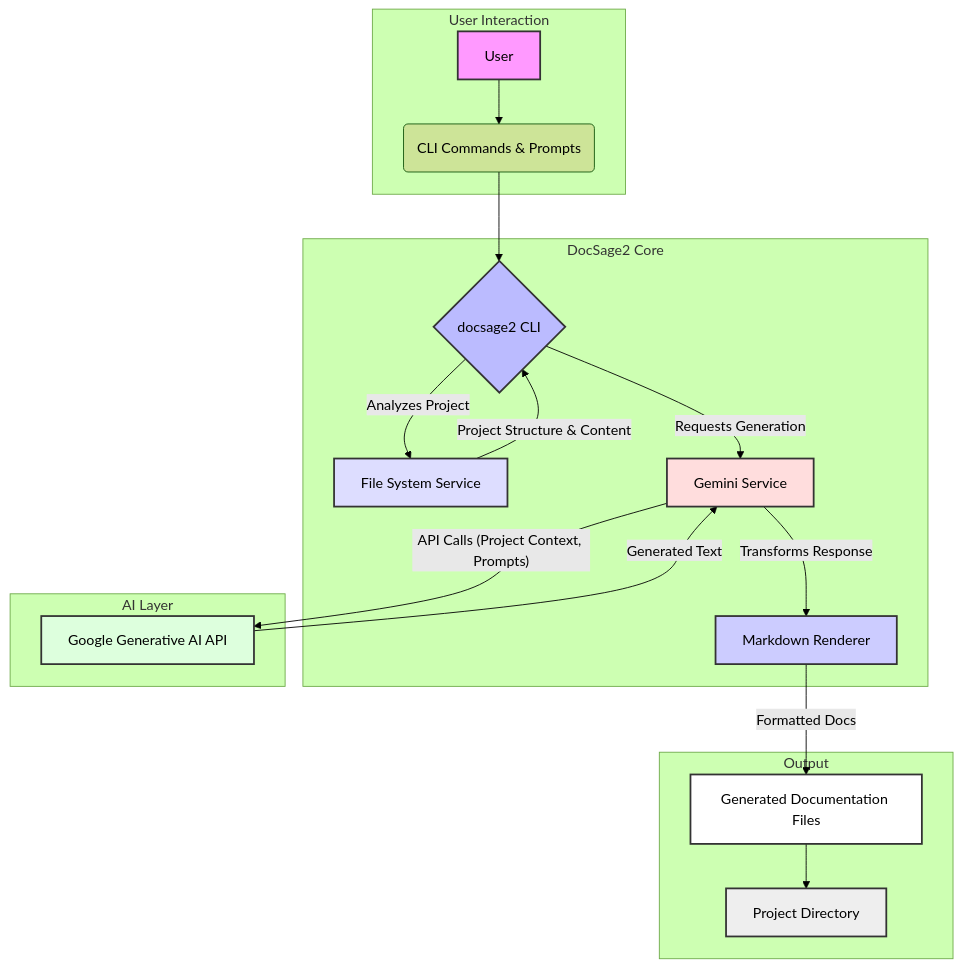
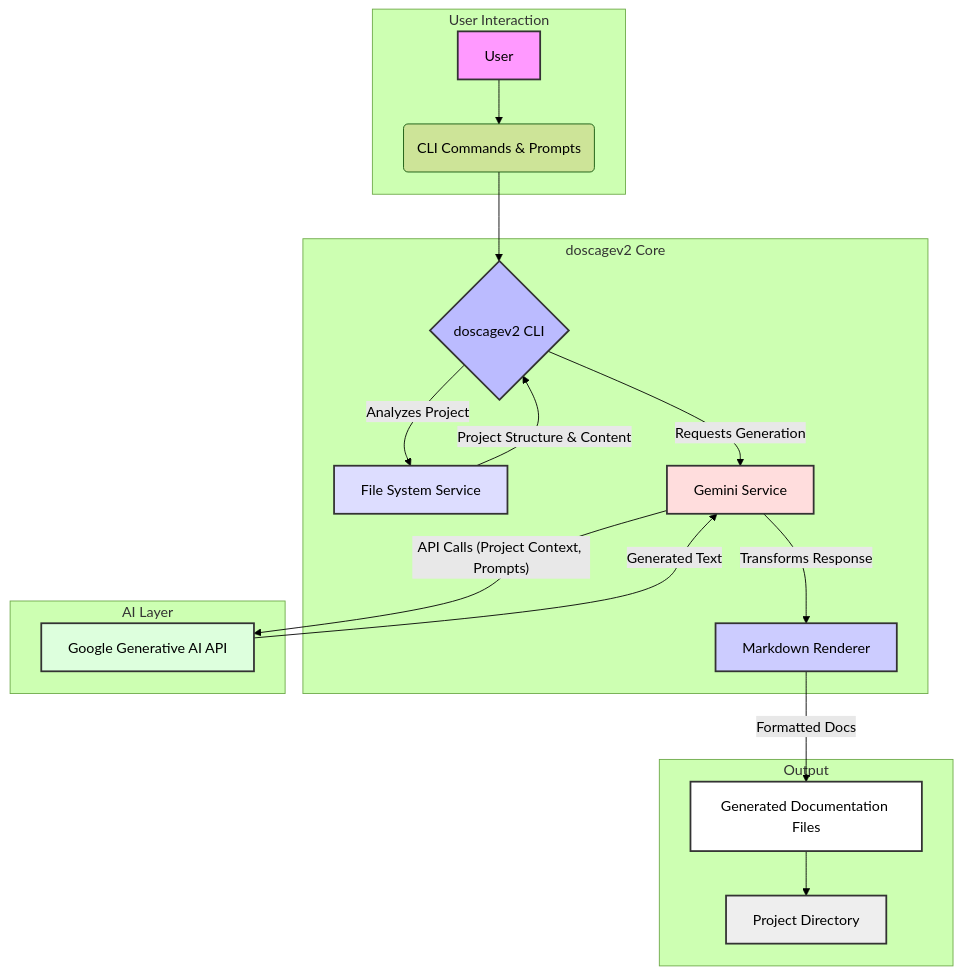
Before and after one commit to Owusu1946/docsagev2: the first of 2 diagrams in README.md, drawn with Mermaid (forest theme). The commit also changed other lines of this file and 4 other files, not shown here.

````diff
--- a/README.md
+++ b/README.md
@@ -75,33 +75,33 @@
 ```mermaid
 graph TD
     subgraph User Interaction
         A[User] --> B(CLI Commands & Prompts);
     end
 
-    subgraph DocSage2 Core
-        B --> C{docsage2 CLI};
+    subgraph doscagev2 Core
+        B --> C{doscagev2 CLI};
         C -- Analyzes Project --> D[File System Service];
         D -- Project Structure & Content --> C;
         C -- Requests Generation --> E[Gemini Service];
         E -- Transforms Response --> G[Markdown Renderer];
     end
 
     subgraph AI Layer
         E -- API Calls (Project Context, Prompts) --> F[Google Generative AI API];
         F -- Generated Text --> E;
     end
 
     subgraph Output
         G -- Formatted Docs --> H[Generated Documentation Files];
         H --> I[Project Directory];
     end
 
     style A fill:#f9f,stroke:#333,stroke-width:2px
     style C fill:#bbf,stroke:#333,stroke-width:2px
     style D fill:#ddf,stroke:#333,stroke-width:2px
     style E fill:#fdd,stroke:#333,stroke-width:2px
     style F fill:#dfd,stroke:#333,stroke-width:2px
     style G fill:#ccf,stroke:#333,stroke-width:2px
     style H fill:#fff,stroke:#333,stroke-width:2px
     style I fill:#eee,stroke:#333,stroke-width:2px
 ```
````
